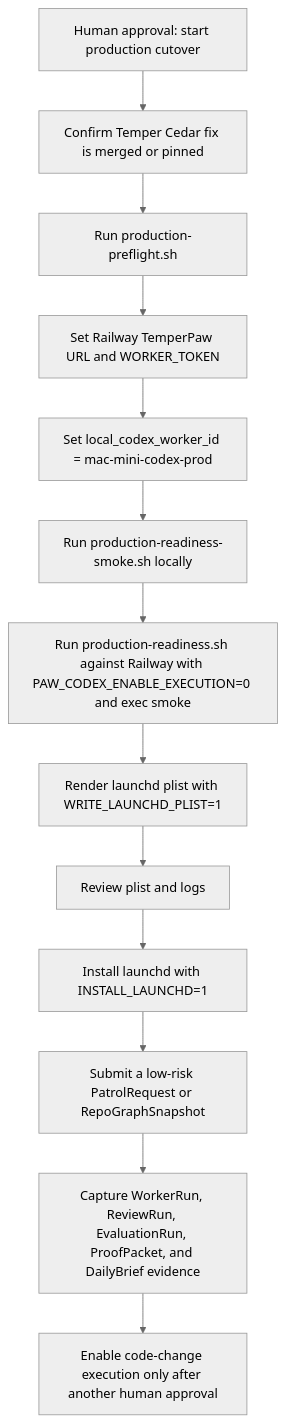
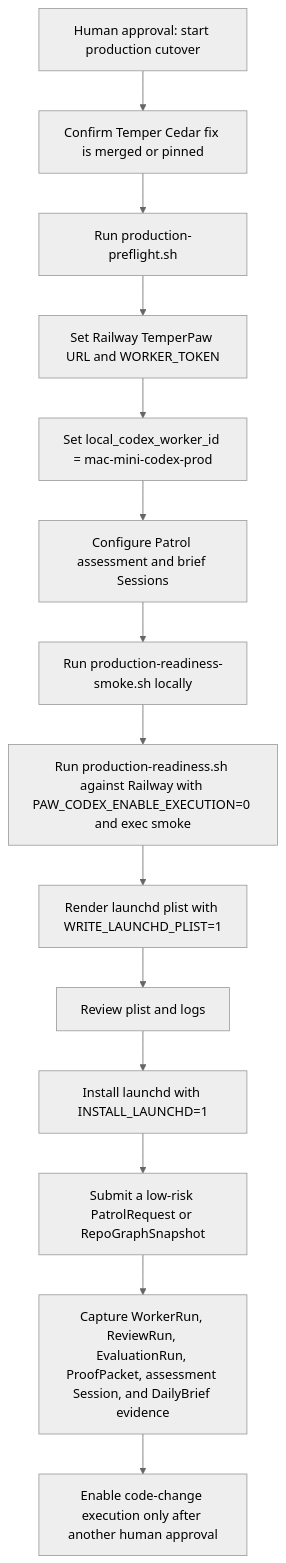
Before and after one commit to nerdsane/openpaw: the diagram in docs/runbooks/paw-patrol-production-cutover.md, drawn with Mermaid (neutral theme). The commit also changed other lines of this file and 3 other files, not shown here.

Commit message:
docs(patrol): document session provider cutover

````diff
--- a/docs/runbooks/paw-patrol-production-cutover.md
+++ b/docs/runbooks/paw-patrol-production-cutover.md
@@ -10,15 +10,16 @@
 ```mermaid
 flowchart TD
     A["Human approval: start production cutover"] --> B["Confirm Temper Cedar fix is merged or pinned"]
     B --> C["Run production-preflight.sh"]
     C --> D["Set Railway TemperPaw URL and WORKER_TOKEN"]
     D --> E["Set local_codex_worker_id = mac-mini-codex-prod"]
-    E --> F["Run production-readiness-smoke.sh locally"]
-    F --> G["Run production-readiness.sh against Railway with PAW_CODEX_ENABLE_EXECUTION=0 and exec smoke"]
-    G --> H["Render launchd plist with WRITE_LAUNCHD_PLIST=1"]
-    H --> I["Review plist and logs"]
-    I --> J["Install launchd with INSTALL_LAUNCHD=1"]
-    J --> K["Submit a low-risk PatrolRequest or RepoGraphSnapshot"]
-    K --> L["Capture WorkerRun, ReviewRun, EvaluationRun, ProofPacket, and DailyBrief evidence"]
-    L --> M["Enable code-change execution only after another human approval"]
+    E --> F["Configure Patrol assessment and brief Sessions"]
+    F --> G["Run production-readiness-smoke.sh locally"]
+    G --> H["Run production-readiness.sh against Railway with PAW_CODEX_ENABLE_EXECUTION=0 and exec smoke"]
+    H --> I["Render launchd plist with WRITE_LAUNCHD_PLIST=1"]
+    I --> J["Review plist and logs"]
+    J --> K["Install launchd with INSTALL_LAUNCHD=1"]
+    K --> L["Submit a low-risk PatrolRequest or RepoGraphSnapshot"]
+    L --> M["Capture WorkerRun, ReviewRun, EvaluationRun, ProofPacket, assessment Session, and DailyBrief evidence"]
+    M --> N["Enable code-change execution only after another human approval"]
 ```
````
